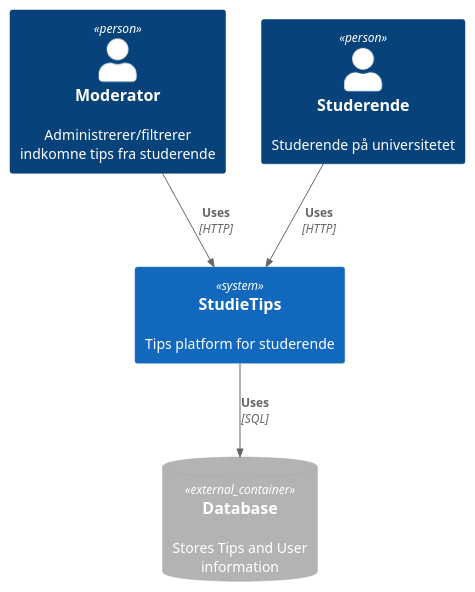
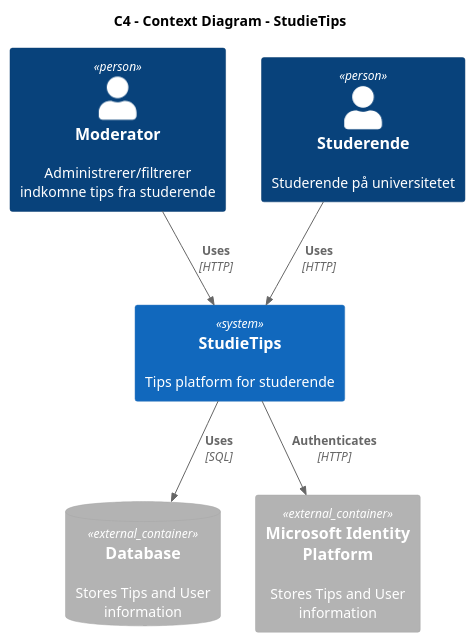
The diagram in C4/C4-Level1/context.puml (I4PRJ4/I4PRJ4-plantuml), drawn with PlantUML before and after one commit. The commit also changed 24 other files, not shown here.

Commit message:
New Architecture images and overwrote old files

```diff
--- a/C4/C4-Level1/context.puml
+++ b/C4/C4-Level1/context.puml
@@ -1,15 +1,19 @@
 @startuml System Context Diagram
 !include <C4/C4_Container>
+
+title C4 - Context Diagram - StudieTips
 
 Person(mod, "Moderator", "Administrerer/filtrerer indkomne tips fra studerende")
 Person(student, "Studerende", "Studerende på universitetet")
 
 System(StudieTips, "StudieTips", "Tips platform for studerende")
 
 ContainerDb_Ext(Database, "Database","","Stores Tips and User information")
+Container_Ext(MIP, "Microsoft Identity Platform","","Stores Tips and User information")
 
 Rel(mod, StudieTips, "Uses", "HTTP")
 Rel(student, StudieTips, "Uses", "HTTP")
 Rel(StudieTips, Database, "Uses", "SQL")
+Rel(StudieTips, MIP, "Authenticates", "HTTP")
 
 @enduml
```
